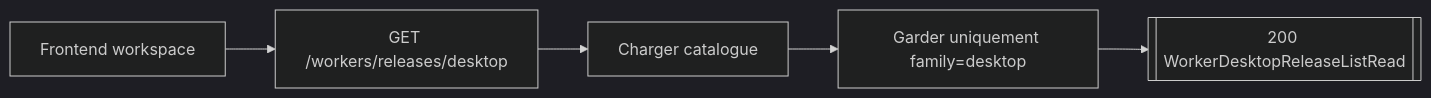
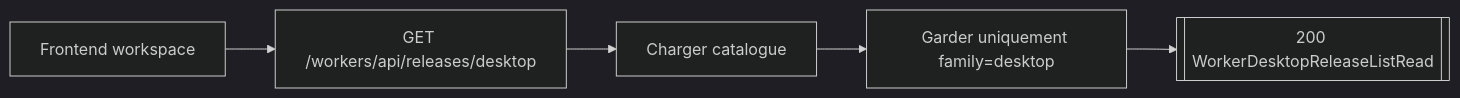
One commit to Manifeed/docs changed the seventh of 8 diagrams in backend/routes/workers.md. Above: the diagram before and after it, drawn with Mermaid (dark theme). The commit also changed other lines of this file and 12 other files, not shown here.

````diff
--- a/backend/routes/workers.md
+++ b/backend/routes/workers.md
@@ -213,7 +213,7 @@
 ```mermaid
 flowchart LR
-    web["Frontend workspace"] --> route["GET /workers/releases/desktop"]
+    web["Frontend workspace"] --> route["GET /workers/api/releases/desktop"]
     route --> config["Charger catalogue"]
     config --> filter["Garder uniquement family=desktop"]
     filter --> response[["200 WorkerDesktopReleaseListRead"]]
 ```
````
